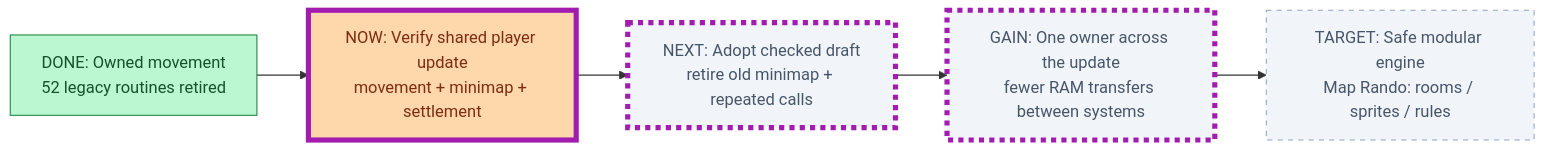
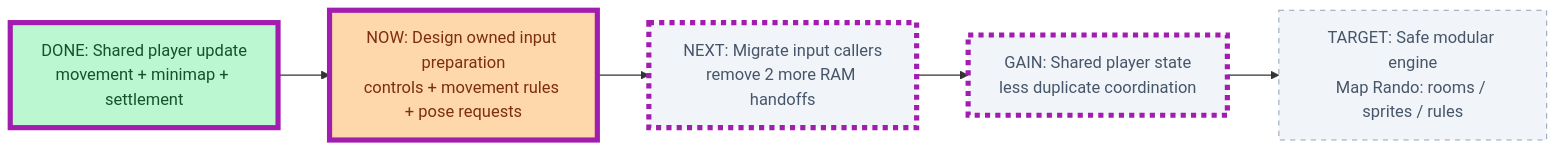
One commit to JimLundin/sm-decomp changed the first of 27 diagrams in PROGRESS.md. Above: the diagram before and after it, drawn with Mermaid. The commit also changed other lines of this file and 34 other files, not shown here.

````diff
--- a/PROGRESS.md
+++ b/PROGRESS.md
@@ -3,14 +3,14 @@
 ```mermaid
 flowchart LR
-    DONE["DONE: Owned movement<br/>52 legacy routines retired"]:::done
-    NOW["NOW: Verify shared player update<br/>movement + minimap + settlement"]:::active
-    NEXT["NEXT: Adopt checked draft<br/>retire old minimap + repeated calls"]:::pending
-    THEN["GAIN: One owner across the update<br/>fewer RAM transfers between systems"]:::pending
+    DONE["DONE: Shared player update<br/>movement + minimap + settlement"]:::done
+    NOW["NOW: Design owned input preparation<br/>controls + movement rules + pose requests"]:::active
+    NEXT["NEXT: Migrate input callers<br/>remove 2 more RAM handoffs"]:::pending
+    THEN["GAIN: Shared player state<br/>less duplicate coordination"]:::pending
     TARGET["TARGET: Safe modular engine<br/>Map Rando: rooms / sprites / rules"]:::pending
     DONE --> NOW --> NEXT --> THEN --> TARGET
-    class NOW,NEXT,THEN changed
+    class DONE,NOW,NEXT,THEN changed
     classDef done fill:#bbf7d0,stroke:#15803d,color:#14532d
     classDef active fill:#fed7aa,stroke:#ea580c,color:#7c2d12
     classDef pending fill:#f1f5f9,stroke:#94a3b8,color:#475569,stroke-dasharray:5 5
     classDef changed stroke:#a21caf,stroke-width:5px
 ```
````
